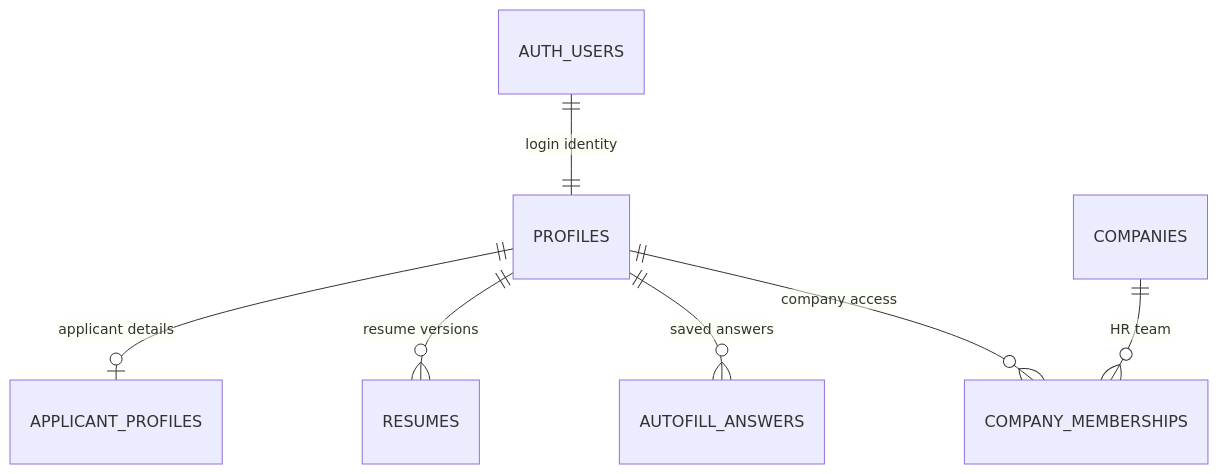
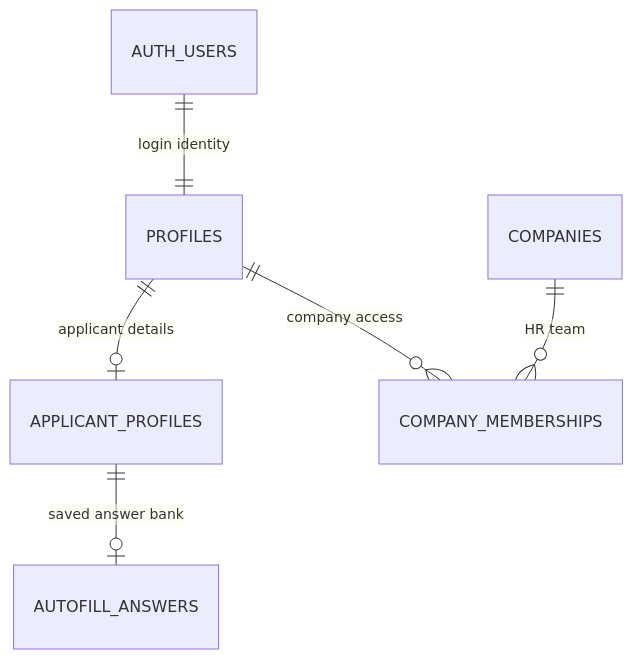
The diagram in docs/KAN-50_SCHEMA_STRUCTURE.md (WorkIt-CSE-416/WorkIt-CSE416), drawn with Mermaid before and after one commit. The commit also changed other lines of this file, not shown here.

Commit message:
KAN-50: address schema review feedback

````diff
--- a/docs/KAN-50_SCHEMA_STRUCTURE.md
+++ b/docs/KAN-50_SCHEMA_STRUCTURE.md
@@ -14,9 +14,8 @@
 ```mermaid
 erDiagram
     AUTH_USERS ||--|| PROFILES : "login identity"
     PROFILES ||--o| APPLICANT_PROFILES : "applicant details"
-    PROFILES ||--o{ RESUMES : "resume versions"
-    PROFILES ||--o{ AUTOFILL_ANSWERS : "saved answers"
+    APPLICANT_PROFILES ||--o| AUTOFILL_ANSWERS : "saved answer bank"
     PROFILES ||--o{ COMPANY_MEMBERSHIPS : "company access"
     COMPANIES ||--o{ COMPANY_MEMBERSHIPS : "HR team"
 ```
````
